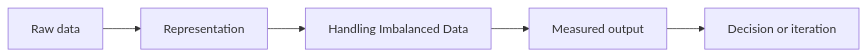
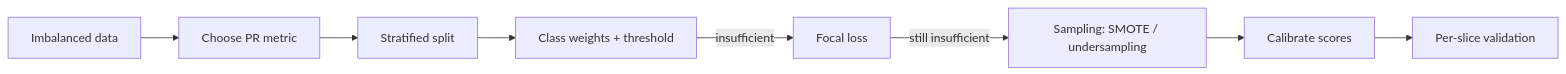
One commit to Icon1cc/Machine-Learning changed the diagram in data-science/06-handling-imbalanced-data.md. Above: the diagram before and after it, drawn with Mermaid. The commit also changed other lines of this file and 264 other files, not shown here.

````diff
--- a/data-science/06-handling-imbalanced-data.md
+++ b/data-science/06-handling-imbalanced-data.md
@@ -92,7 +126,10 @@
 ```mermaid
 flowchart LR
-    A[Raw data] --> B[Representation]
-    B --> C[Handling Imbalanced Data]
-    C --> D[Measured output]
-    D --> E[Decision or iteration]
+    D[Imbalanced data] --> M[Choose PR metric]
+    M --> S[Stratified split]
+    S --> W[Class weights + threshold]
+    W -->|insufficient| F[Focal loss]
+    F -->|still insufficient| R[Sampling: SMOTE / undersampling]
+    R --> C[Calibrate scores]
+    C --> V[Per-slice validation]
 ```
````
